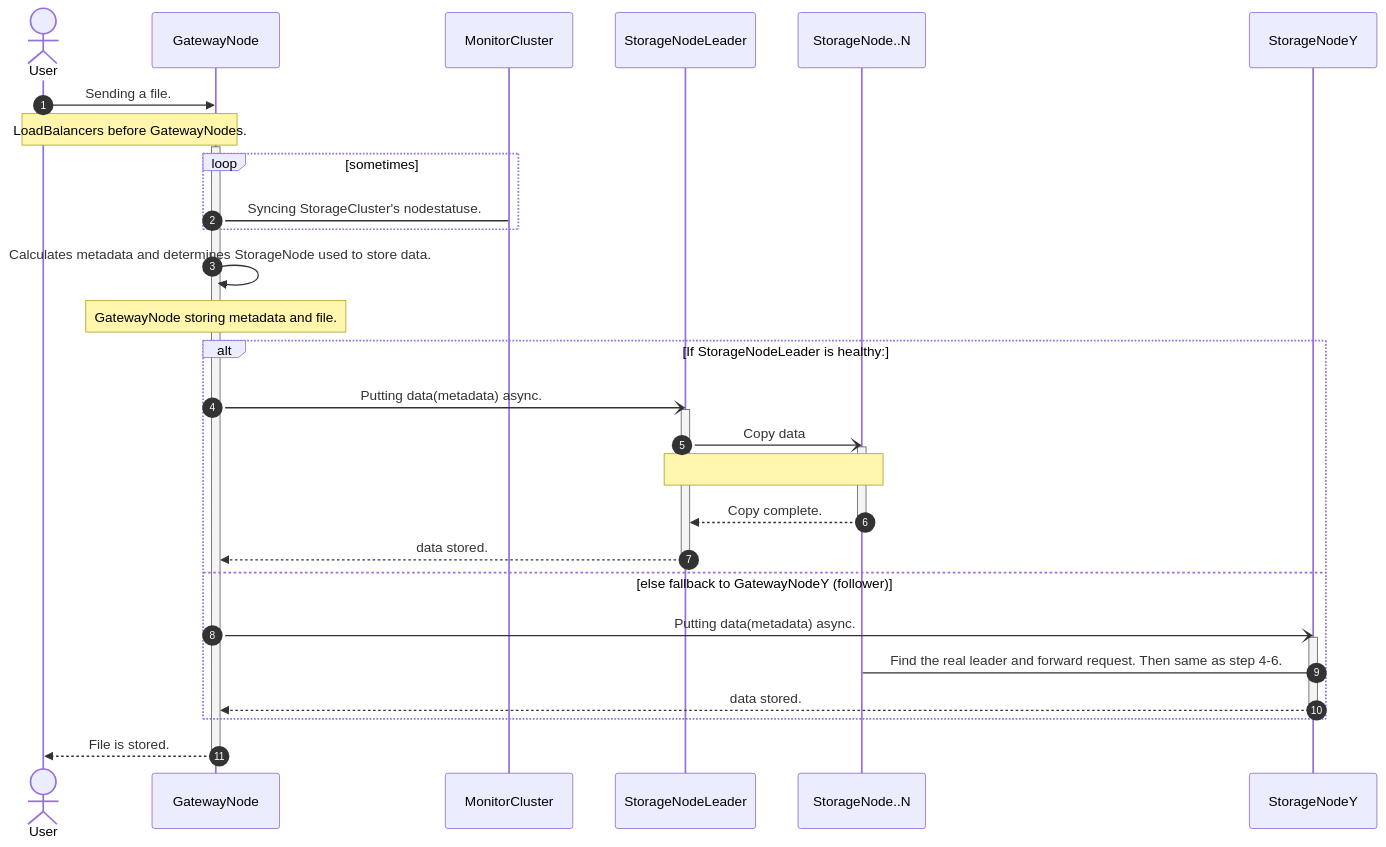
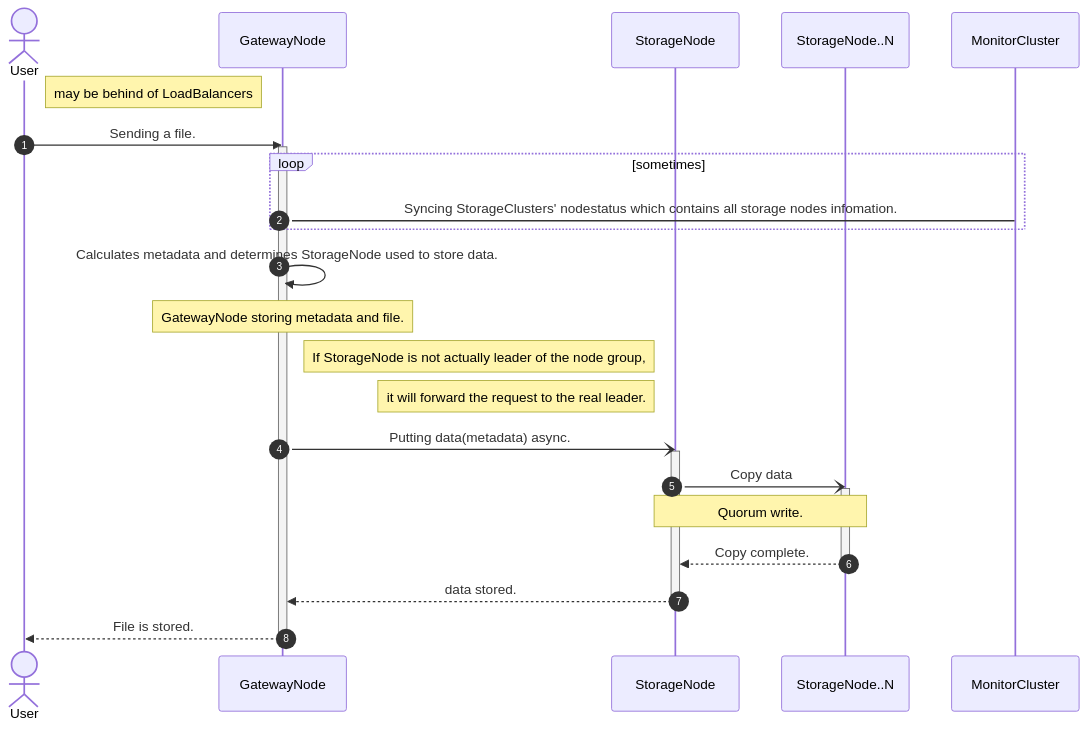
Before and after one commit to emon100/HADSS: the first of 3 diagrams in README.md, drawn with Mermaid. The commit also changed other lines of this file, not shown here.

Commit message:
doc: Update sequence diagram in README.md

````diff
--- a/README.md
+++ b/README.md
@@ -42,36 +42,33 @@
 ```mermaid
 sequenceDiagram
     autonumber
     actor User
+    participant GatewayNode
+    participant StorageNode
+    participant StorageNode..N
     
+    Note right of User: may be behind of LoadBalancers
     User->>GatewayNode: Sending a file.
-    Note over User, GatewayNode: LoadBalancers before GatewayNodes.
     activate GatewayNode
     
     loop sometimes
-        GatewayNode->MonitorCluster: Syncing StorageCluster's nodestatuse.
+        GatewayNode->MonitorCluster: Syncing StorageClusters' nodestatus which contains all storage nodes infomation.
     end
     
     GatewayNode->>GatewayNode: Calculates metadata and determines StorageNode used to store data.
     
     Note over GatewayNode, GatewayNode: GatewayNode storing metadata and file.
-    alt If StorageNodeLeader is healthy:
-        GatewayNode-)StorageNodeLeader: Putting data(metadata) async.
-        activate StorageNodeLeader
-        StorageNodeLeader-)StorageNode..N: Copy data
-        activate StorageNode..N
-        Note over StorageNodeLeader, StorageNode..N: 
-        StorageNode..N-->>StorageNodeLeader: Copy complete.
-        deactivate StorageNode..N
-        StorageNodeLeader-->>GatewayNode: data stored.
-        deactivate StorageNodeLeader
-    else else fallback to GatewayNodeY (follower)
-        GatewayNode-)StorageNodeY: Putting data(metadata) async.
-        activate StorageNodeY
-        StorageNodeY->StorageNode..N: Find the real leader and forward request. Then same as step 4-6.
-        StorageNodeY-->>GatewayNode: data stored.
-        deactivate StorageNodeY
-    end
+    Note left of StorageNode: If StorageNode is not actually leader of the node group,
+    Note left of StorageNode: it will forward the request to the real leader.
+    GatewayNode-)StorageNode: Putting data(metadata) async.
+    activate StorageNode
+    StorageNode-)StorageNode..N: Copy data
+    activate StorageNode..N
+    Note over StorageNode, StorageNode..N: Quorum write.
+    StorageNode..N-->>StorageNode: Copy complete.
+    deactivate StorageNode..N
+    StorageNode-->>GatewayNode: data stored.
+    deactivate StorageNode
     GatewayNode-->>User: File is stored.
     deactivate GatewayNode
 ```
````
